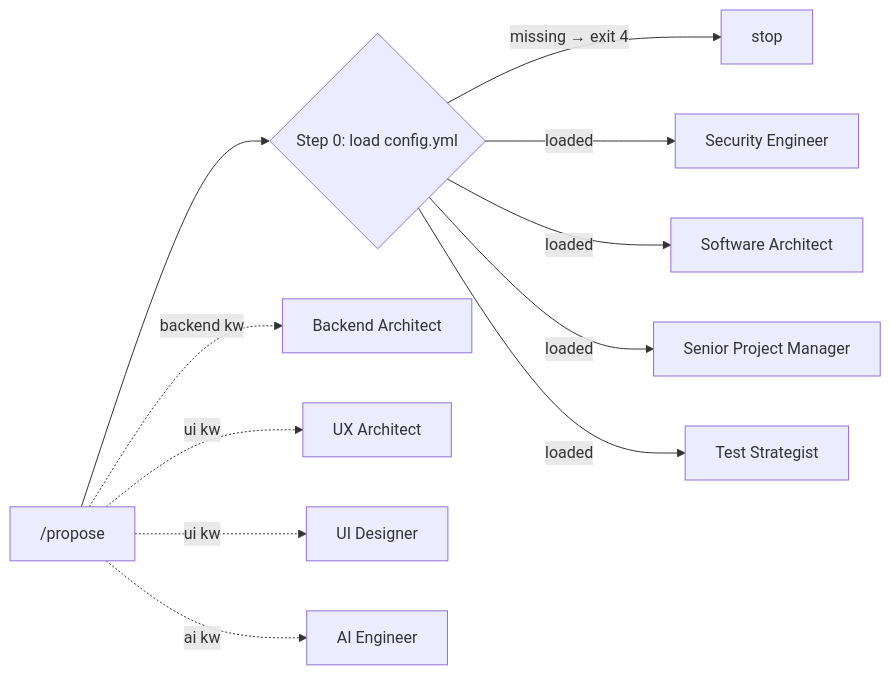
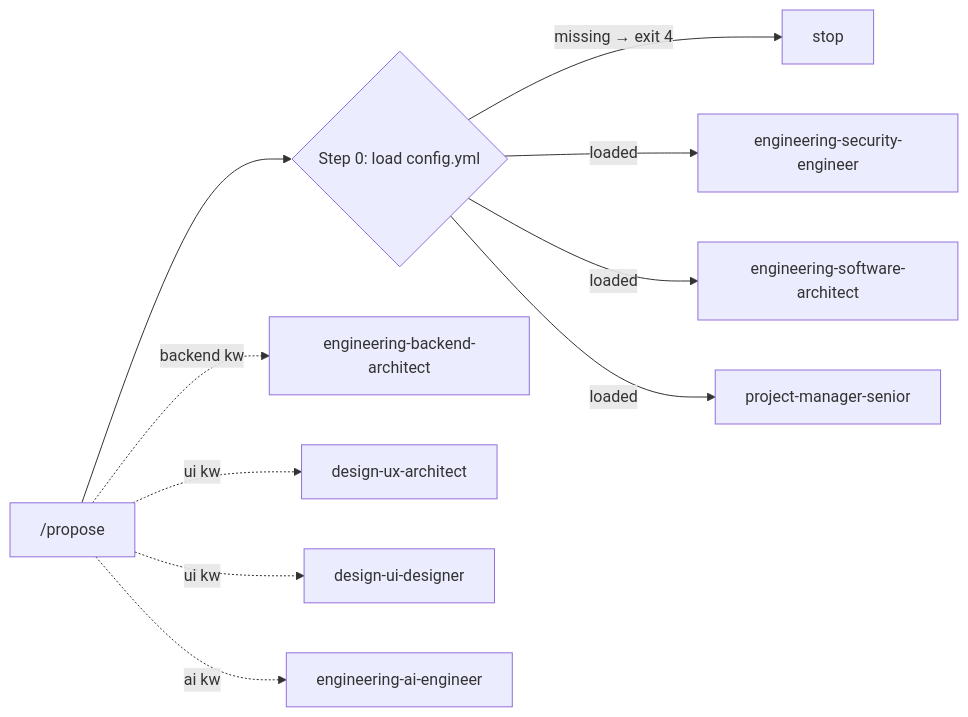
One commit to AlarQ/SDD-hub changed the seventh of 15 diagrams in docs/workflow-diagram.md. Above: the diagram before and after it, drawn with Mermaid. The commit also changed other lines of this file and 4 other files, not shown here.

````diff
--- a/docs/workflow-diagram.md
+++ b/docs/workflow-diagram.md
@@ -299,13 +287,12 @@
 ```mermaid
 graph LR
     PR["/propose"] --> CFG0{Step 0: load config.yml}
     CFG0 -->|missing → exit 4| STOP_PR[stop]
-    CFG0 -->|loaded| SE[Security Engineer]
-    CFG0 -->|loaded| SA[Software Architect]
-    CFG0 -->|loaded| SPM[Senior Project Manager]
-    CFG0 -->|loaded| TSG[Test Strategist]
-    PR -.->|backend kw| BA[Backend Architect]
-    PR -.->|ui kw| UXA[UX Architect]
-    PR -.->|ui kw| UID[UI Designer]
-    PR -.->|ai kw| AIE[AI Engineer]
+    CFG0 -->|loaded| SE[engineering-security-engineer]
+    CFG0 -->|loaded| SA[engineering-software-architect]
+    CFG0 -->|loaded| SPM[project-manager-senior]
+    PR -.->|backend kw| BA[engineering-backend-architect]
+    PR -.->|ui kw| UXA[design-ux-architect]
+    PR -.->|ui kw| UID[design-ui-designer]
+    PR -.->|ai kw| AIE[engineering-ai-engineer]
 ```
````
